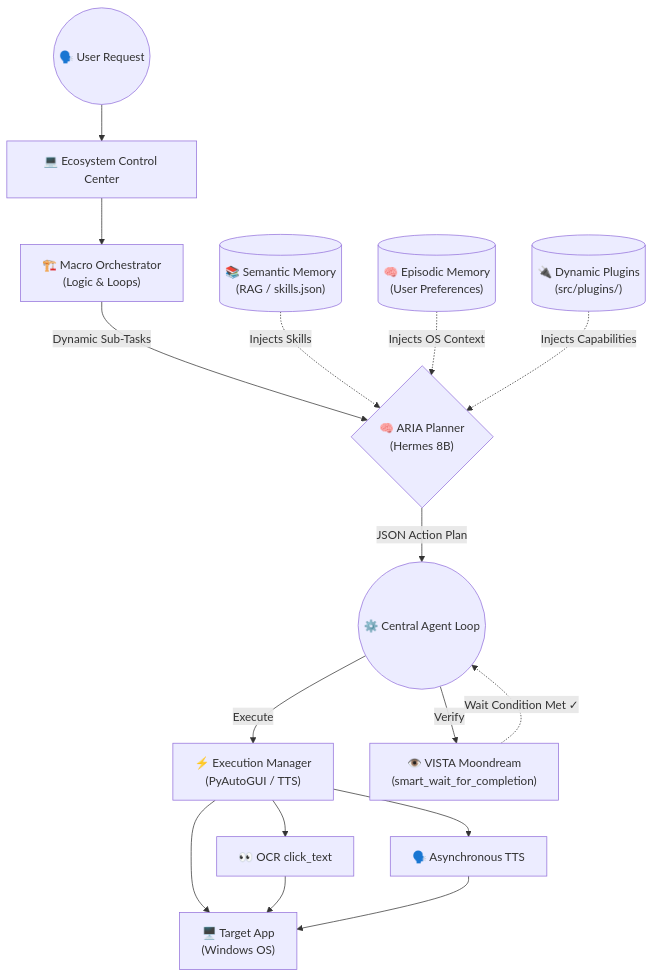
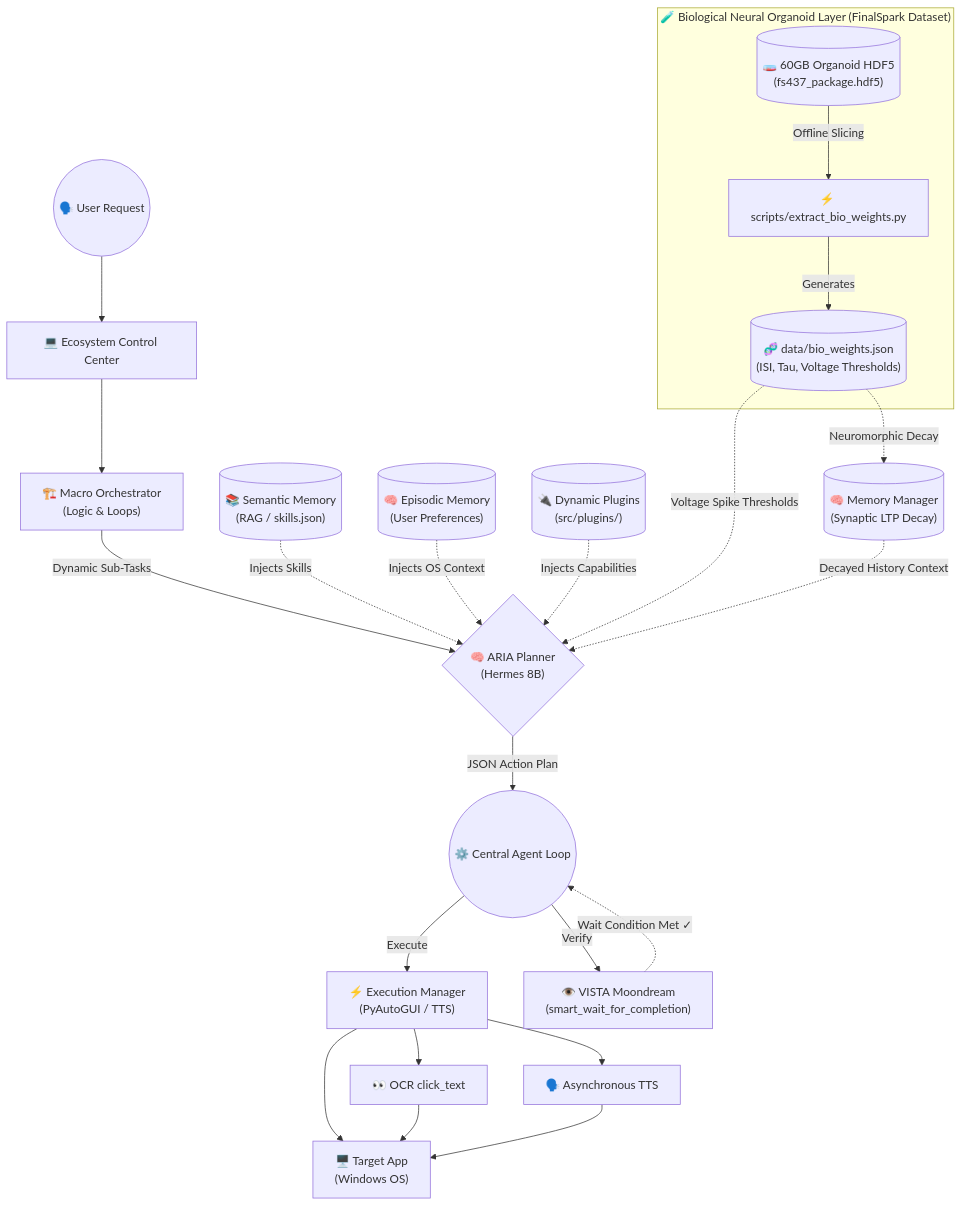
One commit to Anikesh0415/Servent-AI changed the diagram in README.md. Above: the diagram before and after it, drawn with Mermaid. The commit also changed other lines of this file and 11 other files, not shown here.

Commit message:
Fix GitHub Actions workflow paths and integrate Neuromorphic Bio-Engine

````diff
--- a/README.md
+++ b/README.md
@@ -11,29 +11,39 @@
 ```mermaid
 graph TD
     User(("🗣️ User Request")) --> UI["💻 Ecosystem Control Center"]
     
+    %% Bio-Engine Extraction Pipeline
+    subgraph BioEngine ["🧪 Biological Neural Organoid Layer (FinalSpark Dataset)"]
+        HDF5[("🧫 60GB Organoid HDF5\n(fs437_package.hdf5)")] -->|Offline Slicing| Extractor["⚡ scripts/extract_bio_weights.py"]
+        Extractor -->|Generates| BioJSON[("🧬 data/bio_weights.json\n(ISI, Tau, Voltage Thresholds)")]
+    end
+
     %% The Brain Injection
     UI --> Macro["🏗️ Macro Orchestrator\n(Logic & Loops)"]
     Macro -->|Dynamic Sub-Tasks| Planner{"🧠 ARIA Planner\n(Hermes 8B)"}
     
     %% Memory Systems
     SkillDB[("📚 Semantic Memory\n(RAG / skills.json)")] -.->|Injects Skills| Planner
     EpisodicDB[("🧠 Episodic Memory\n(User Preferences)")] -.->|Injects OS Context| Planner
     Plugins[("🔌 Dynamic Plugins\n(src/plugins/)")] -.->|Injects Capabilities| Planner
     
+    BioJSON -.->|Neuromorphic Decay| MemoryMgr[("🧠 Memory Manager\n(Synaptic LTP Decay)")]
+    BioJSON -.->|Voltage Spike Thresholds| Planner
+    MemoryMgr -.->|Decayed History Context| Planner
+
     Planner -->|JSON Action Plan| AgentLoop(("⚙️ Central Agent Loop"))
     
     AgentLoop -->|Execute| ExecMgr["⚡ Execution Manager\n(PyAutoGUI / TTS)"]
     AgentLoop -->|Verify| VistaWait["👁️ VISTA Moondream\n(smart_wait_for_completion)"]
     
     VistaWait -.->|Wait Condition Met ✓| AgentLoop
     
     %% OS Level Execution
     ExecMgr --> TargetApp["🖥️ Target App\n(Windows OS)"]
     
     ExecMgr --> OCRClick["👀 OCR click_text"]
     OCRClick --> TargetApp
     
     ExecMgr --> TTS["🗣️ Asynchronous TTS"]
     TTS --> TargetApp
 ```
````
